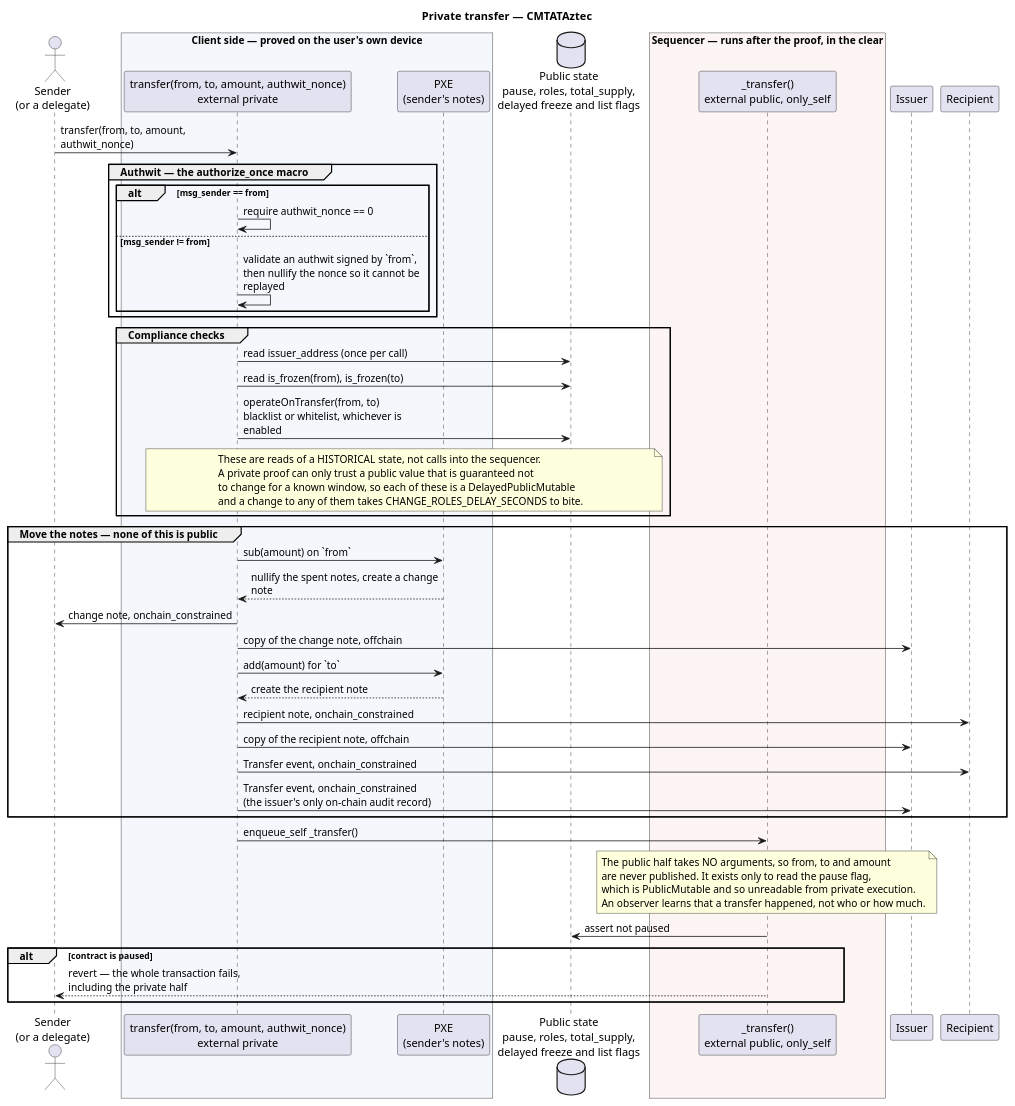
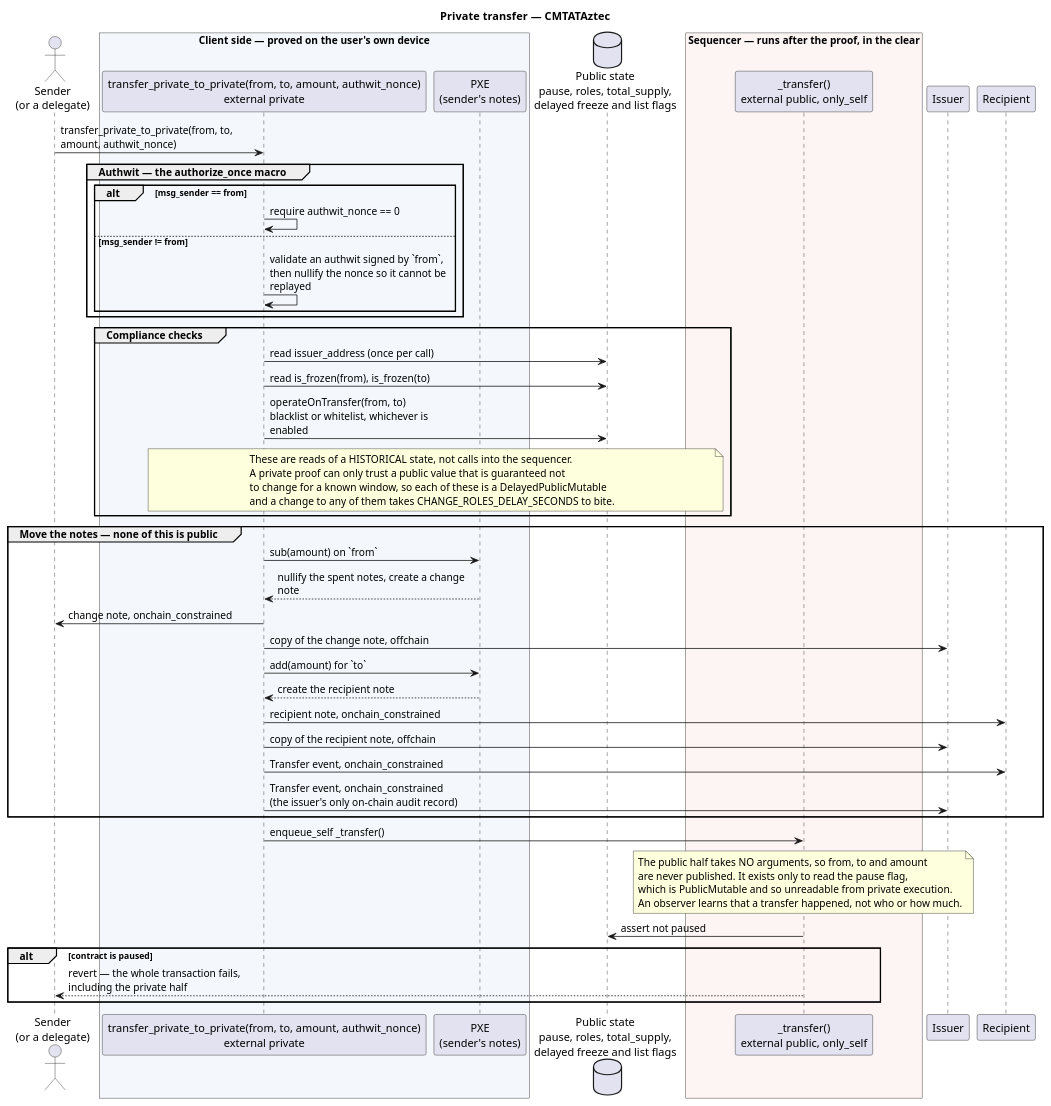
The diagram in doc/img/transfer-flow.puml (CMTA/private-CMTAT-aztec), drawn with PlantUML before and after one commit. The commit also changed 35 other files, not shown here.

Commit message:
feat: rename transfer, mint, public_get_name/symbol/decimals to the AIP-20 names so the private profile answers the standard's selectors

```diff
--- a/doc/img/transfer-flow.puml
+++ b/doc/img/transfer-flow.puml
@@ -1,66 +1,66 @@
 @startuml
 title Private transfer — CMTATAztec
 
 skinparam sequenceMessageAlign left
 skinparam maxMessageSize 250
 
 actor "Sender\n(or a delegate)" as Caller
 box "Client side — proved on the user's own device" #F4F8FC
-participant "transfer(from, to, amount, authwit_nonce)\nexternal private" as Priv
+participant "transfer_private_to_private(from, to, amount, authwit_nonce)\nexternal private" as Priv
 participant "PXE\n(sender's notes)" as PXE
 end box
 database "Public state\npause, roles, total_supply,\ndelayed freeze and list flags" as PS
 box "Sequencer — runs after the proof, in the clear" #FDF4F4
 participant "_transfer()\nexternal public, only_self" as Pub
 end box
 participant "Issuer" as Issuer
 participant "Recipient" as To
 
-Caller -> Priv : transfer(from, to, amount, authwit_nonce)
+Caller -> Priv : transfer_private_to_private(from, to, amount, authwit_nonce)
 
 group Authwit — the authorize_once macro
   alt msg_sender == from
     Priv -> Priv : require authwit_nonce == 0
   else msg_sender != from
     Priv -> Priv : validate an authwit signed by `from`,\nthen nullify the nonce so it cannot be replayed
   end
 end
 
 group Compliance checks
   Priv -> PS : read issuer_address (once per call)
   Priv -> PS : read is_frozen(from), is_frozen(to)
   Priv -> PS : operateOnTransfer(from, to)\nblacklist or whitelist, whichever is enabled
   note over Priv, PS
     These are reads of a HISTORICAL state, not calls into the sequencer.
     A private proof can only trust a public value that is guaranteed not
     to change for a known window, so each of these is a DelayedPublicMutable
     and a change to any of them takes CHANGE_ROLES_DELAY_SECONDS to bite.
   end note
 end
 
 group Move the notes — none of this is public
   Priv -> PXE : sub(amount) on `from`
   PXE --> Priv : nullify the spent notes, create a change note
   Priv -> Caller : change note, onchain_constrained
   Priv -> Issuer : copy of the change note, offchain
   Priv -> PXE : add(amount) for `to`
   PXE --> Priv : create the recipient note
   Priv -> To : recipient note, onchain_constrained
   Priv -> Issuer : copy of the recipient note, offchain
   Priv -> To : Transfer event, onchain_constrained
   Priv -> Issuer : Transfer event, onchain_constrained\n(the issuer's only on-chain audit record)
 end
 
 Priv -> Pub : enqueue_self _transfer()
 note over Pub
   The public half takes NO arguments, so from, to and amount
   are never published. It exists only to read the pause flag,
   which is PublicMutable and so unreadable from private execution.
   An observer learns that a transfer happened, not who or how much.
 end note
 Pub -> PS : assert not paused
 alt contract is paused
   Pub --> Caller : revert — the whole transaction fails,\nincluding the private half
 end
 
 @enduml
```
